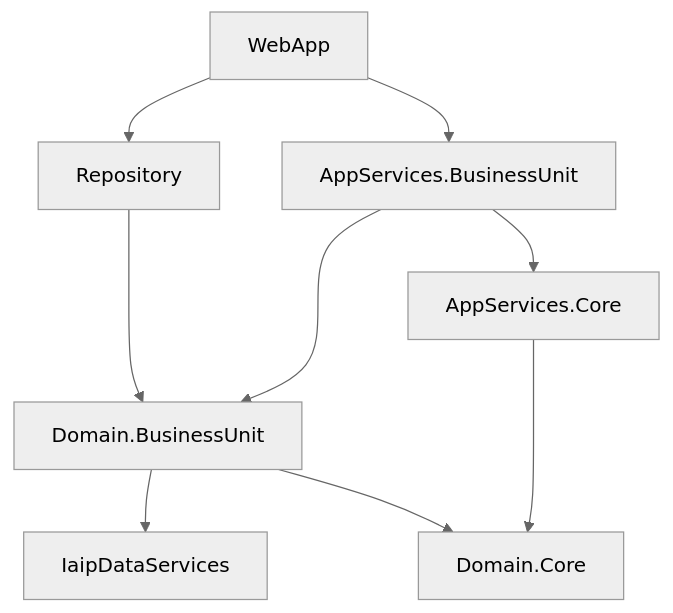
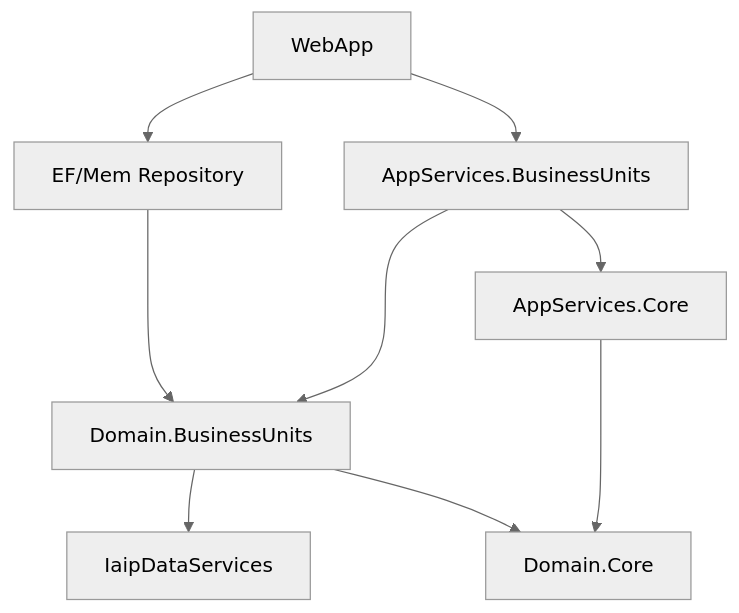
The second of 7 diagrams in README.md (gaepdit/air-web), drawn with Mermaid (neutral theme) before and after one commit. The commit also changed other lines of this file and 14 other files, not shown here.

````diff
--- a/README.md
+++ b/README.md
@@ -103,13 +103,13 @@
 ```mermaid
 flowchart TB
     I[IaipDataServices]
     DC[Domain.Core]
-    DB[Domain.BusinessUnit] --> I
+    DB[Domain.BusinessUnits] --> I
     DB --> DC
     AC[AppServices.Core] ---> DC
-    AB[AppServices.BusinessUnit] ---> DB
+    AB[AppServices.BusinessUnits] ---> DB
     AB --> AC
-    R[Repository] ---> DB
+    R[EF/Mem Repository] ---> DB
     W[WebApp] --> R
     W --> AB
 ```
````
